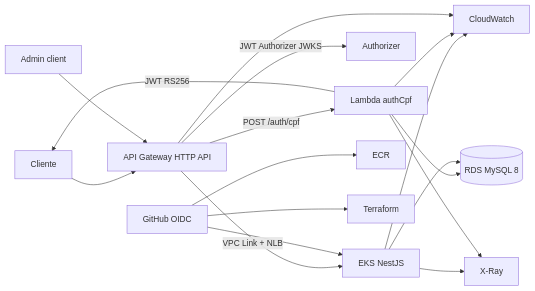
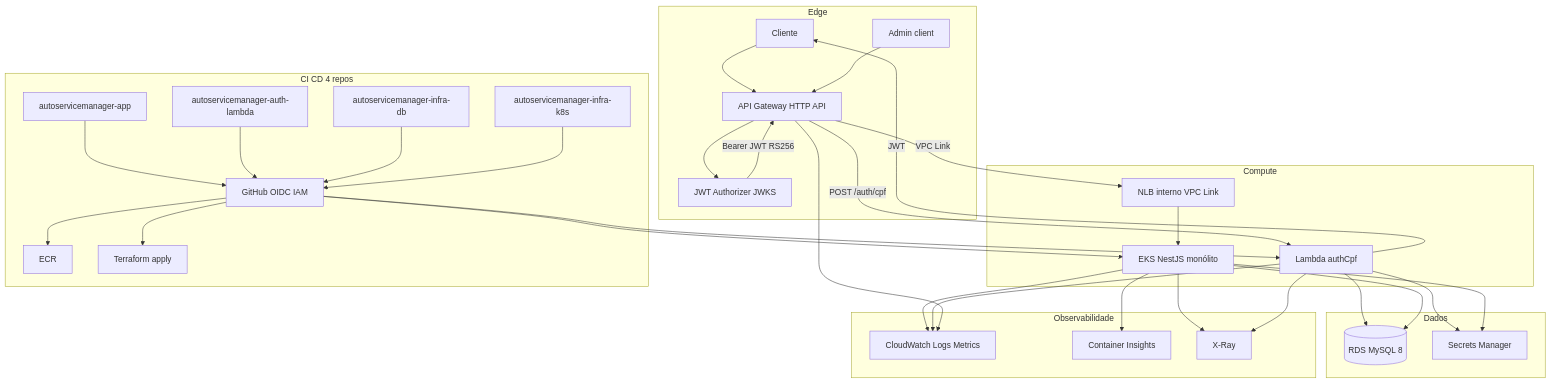
One commit to dinhogt/autoservicemanager-app changed the first of 5 diagrams in docs/architecture/diagrams-fase3.md. Above: the diagram before and after it, drawn with Mermaid. The commit also changed other lines of this file and 6 other files, not shown here.

Commit message:
docs(fase3): close rubric gaps — diagrams, ADR-011, ER, delivery-index

````diff
--- a/docs/architecture/diagrams-fase3.md
+++ b/docs/architecture/diagrams-fase3.md
@@ -11,19 +14,59 @@
 ```mermaid
-flowchart LR
-  Cliente[Cliente] --> APIGW[API Gateway HTTP API]
-  Admin[Admin client] --> APIGW
-  APIGW -->|POST /auth/cpf| Lambda[Lambda authCpf]
-  Lambda --> RDS[(RDS MySQL 8)]
-  Lambda -->|JWT RS256| Cliente
-  APIGW -->|JWT Authorizer JWKS| AuthZ[Authorizer]
-  APIGW -->|VPC Link + NLB| EKS[EKS NestJS]
+flowchart TB
+  subgraph edge [Edge]
+    Cliente[Cliente]
+    Admin[Admin client]
+    APIGW[API Gateway HTTP API]
+    AuthZ[JWT Authorizer JWKS]
+  end
+  subgraph compute [Compute]
+    Lambda[Lambda authCpf]
+    EKS[EKS NestJS monólito]
+    NLB[NLB interno VPC Link]
+  end
+  subgraph data [Dados]
+    RDS[(RDS MySQL 8)]
+    SM[Secrets Manager]
+  end
+  subgraph obs [Observabilidade]
+    CW[CloudWatch Logs Metrics]
+    CI[Container Insights]
+    XRay[X-Ray]
+  end
+  subgraph cicd [CI CD 4 repos]
+    GHapp[autoservicemanager-app]
+    GHlam[autoservicemanager-auth-lambda]
+    GHdb[autoservicemanager-infra-db]
+    GHk8s[autoservicemanager-infra-k8s]
+    OIDC[GitHub OIDC IAM]
+    ECR[ECR]
+    TF[Terraform apply]
+  end
+
+  Cliente --> APIGW
+  Admin --> APIGW
+  APIGW -->|POST /auth/cpf| Lambda
+  APIGW --> AuthZ
+  AuthZ -->|Bearer JWT RS256| APIGW
+  APIGW -->|VPC Link| NLB
+  NLB --> EKS
+  Lambda --> RDS
+  Lambda --> SM
   EKS --> RDS
-  EKS --> CW[CloudWatch]
-  EKS --> XRay[X-Ray]
+  EKS --> SM
+  Lambda -->|JWT| Cliente
+  EKS --> CW
+  EKS --> CI
+  EKS --> XRay
   Lambda --> CW
   Lambda --> XRay
   APIGW --> CW
-  GH[GitHub OIDC] --> ECR[ECR]
-  GH --> EKS
-  GH --> TF[Terraform]
+  GHapp --> OIDC
+  GHlam --> OIDC
+  GHdb --> OIDC
+  GHk8s --> OIDC
+  OIDC --> ECR
+  OIDC --> EKS
+  OIDC --> TF
+  OIDC --> Lambda
 ```
````
